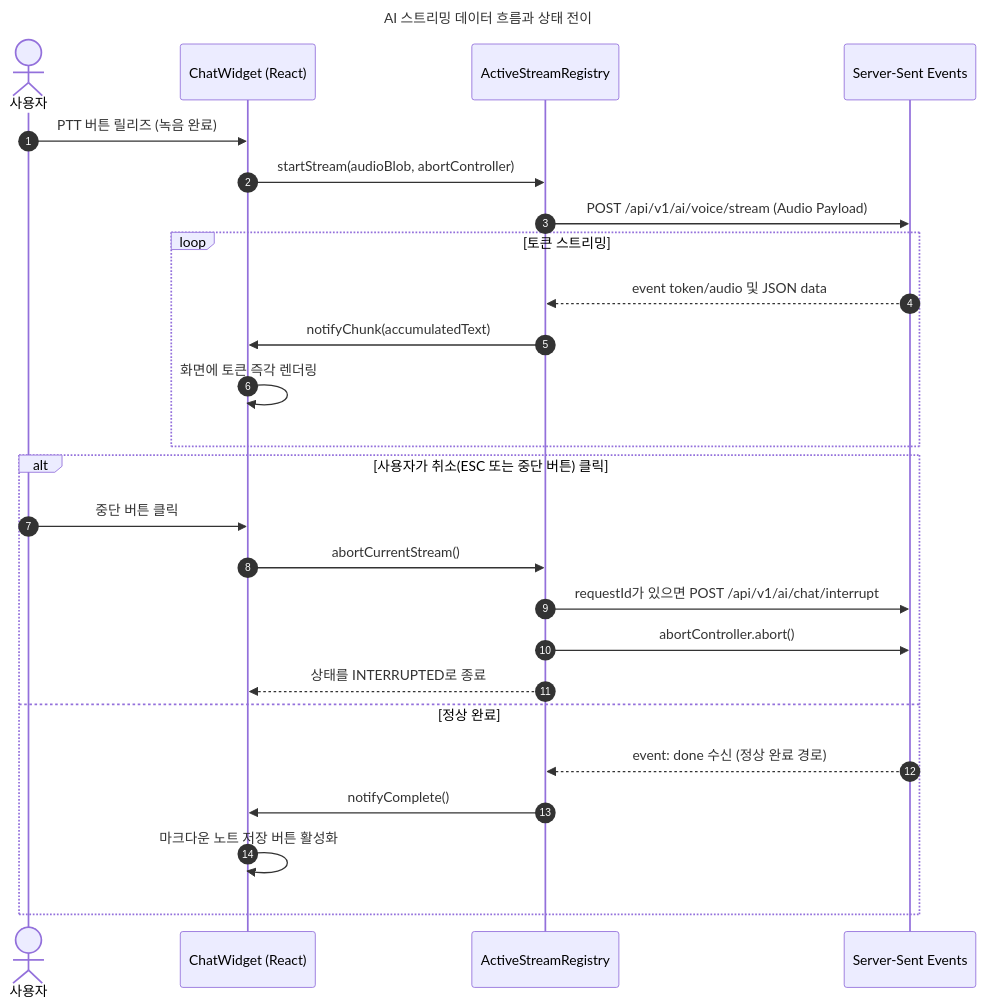
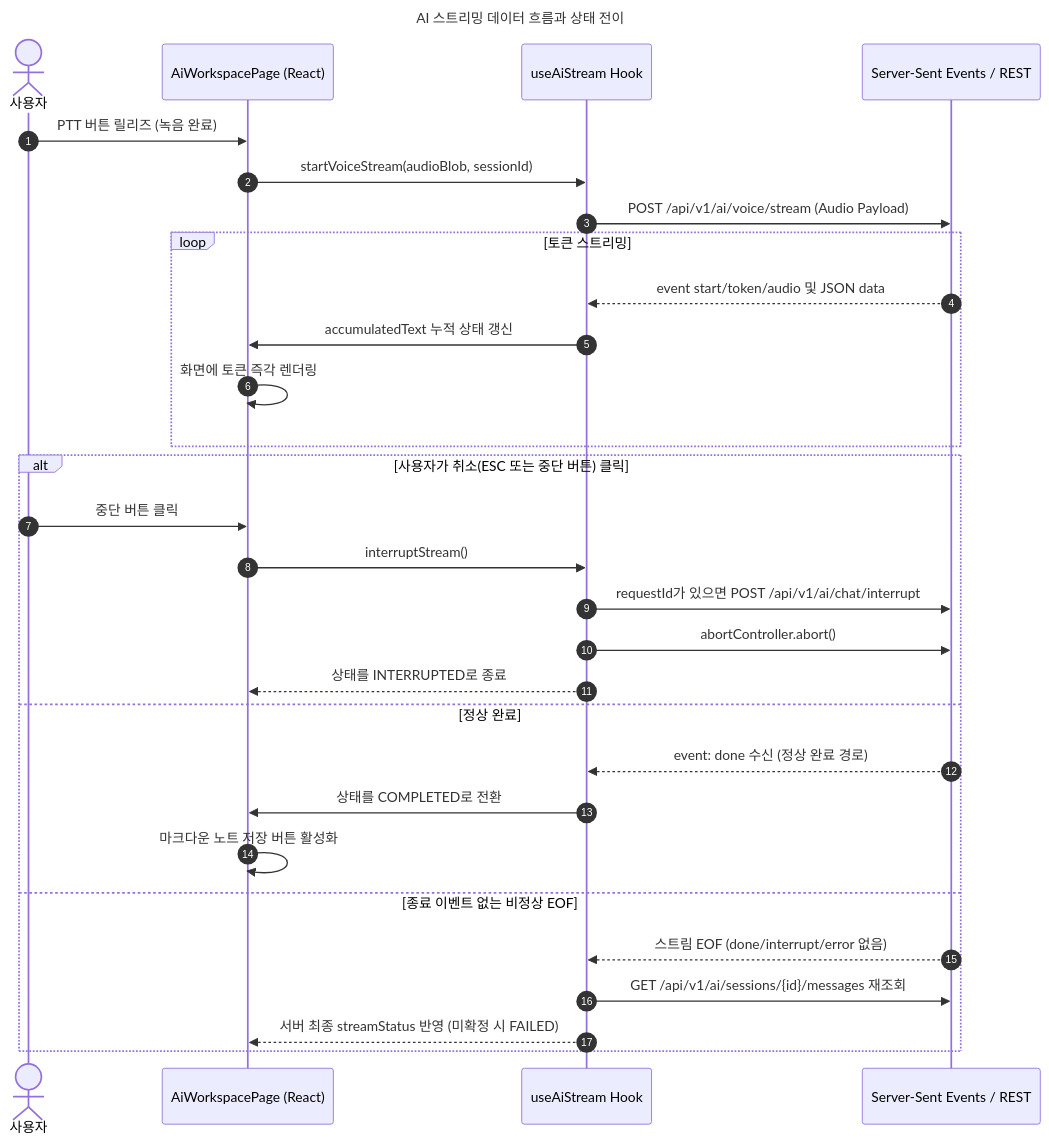
Before and after one commit to lkh-space/my-space-docs: the diagram in frontend/fe-005-state-management.md, drawn with Mermaid. The commit also changed other lines of this file and 6 other files, not shown here.

````diff
--- a/frontend/fe-005-state-management.md
+++ b/frontend/fe-005-state-management.md
@@ -118,31 +118,35 @@
 ```mermaid
 ---
 title: AI 스트리밍 데이터 흐름과 상태 전이
 ---
 sequenceDiagram
   autonumber
   actor User as 사용자
-  participant UI as ChatWidget (React)
-  participant Reg as ActiveStreamRegistry
-  participant SSE as Server-Sent Events
+  participant UI as AiWorkspacePage (React)
+  participant Hook as useAiStream Hook
+  participant SSE as Server-Sent Events / REST
 
   User->>UI: PTT 버튼 릴리즈 (녹음 완료)
-  UI->>Reg: startStream(audioBlob, abortController)
-  Reg->>SSE: POST /api/v1/ai/voice/stream (Audio Payload)
+  UI->>Hook: startVoiceStream(audioBlob, sessionId)
+  Hook->>SSE: POST /api/v1/ai/voice/stream (Audio Payload)
   loop 토큰 스트리밍
-    SSE-->>Reg: event token/audio 및 JSON data
-    Reg->>UI: notifyChunk(accumulatedText)
+    SSE-->>Hook: event start/token/audio 및 JSON data
+    Hook->>UI: accumulatedText 누적 상태 갱신
     UI->>UI: 화면에 토큰 즉각 렌더링
   end
   alt 사용자가 취소(ESC 또는 중단 버튼) 클릭
     User->>UI: 중단 버튼 클릭
-    UI->>Reg: abortCurrentStream()
-    Reg->>SSE: requestId가 있으면 POST /api/v1/ai/chat/interrupt
-  Reg->>SSE: abortController.abort()
-    Reg-->>UI: 상태를 INTERRUPTED로 종료
+    UI->>Hook: interruptStream()
+    Hook->>SSE: requestId가 있으면 POST /api/v1/ai/chat/interrupt
+    Hook->>SSE: abortController.abort()
+    Hook-->>UI: 상태를 INTERRUPTED로 종료
   else 정상 완료
-  SSE-->>Reg: event: done 수신 (정상 완료 경로)
-  Reg->>UI: notifyComplete()
-  UI->>UI: 마크다운 노트 저장 버튼 활성화
+    SSE-->>Hook: event: done 수신 (정상 완료 경로)
+    Hook->>UI: 상태를 COMPLETED로 전환
+    UI->>UI: 마크다운 노트 저장 버튼 활성화
+  else 종료 이벤트 없는 비정상 EOF
+    SSE-->>Hook: 스트림 EOF (done/interrupt/error 없음)
+    Hook->>SSE: GET /api/v1/ai/sessions/{id}/messages 재조회
+    Hook-->>UI: 서버 최종 streamStatus 반영 (미확정 시 FAILED)
   end
 ```
````
